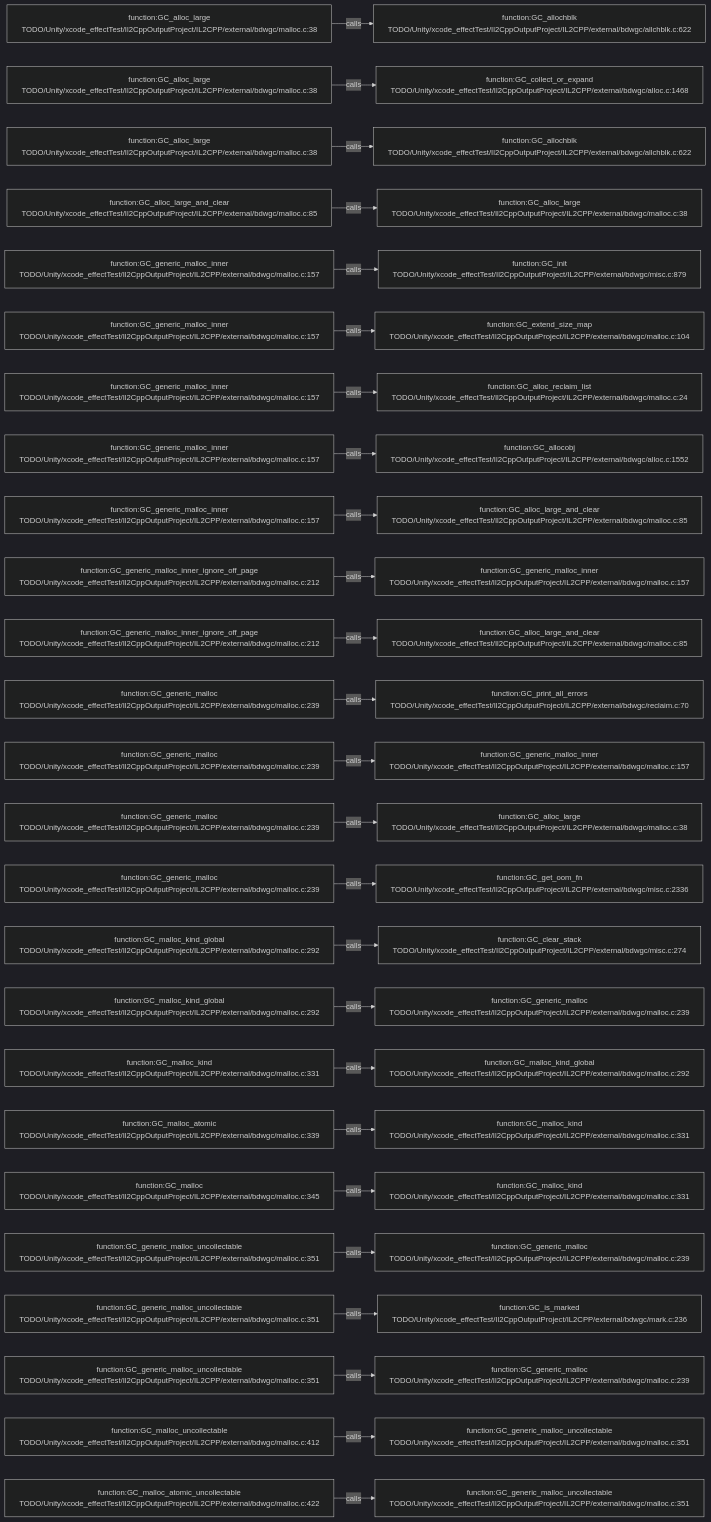
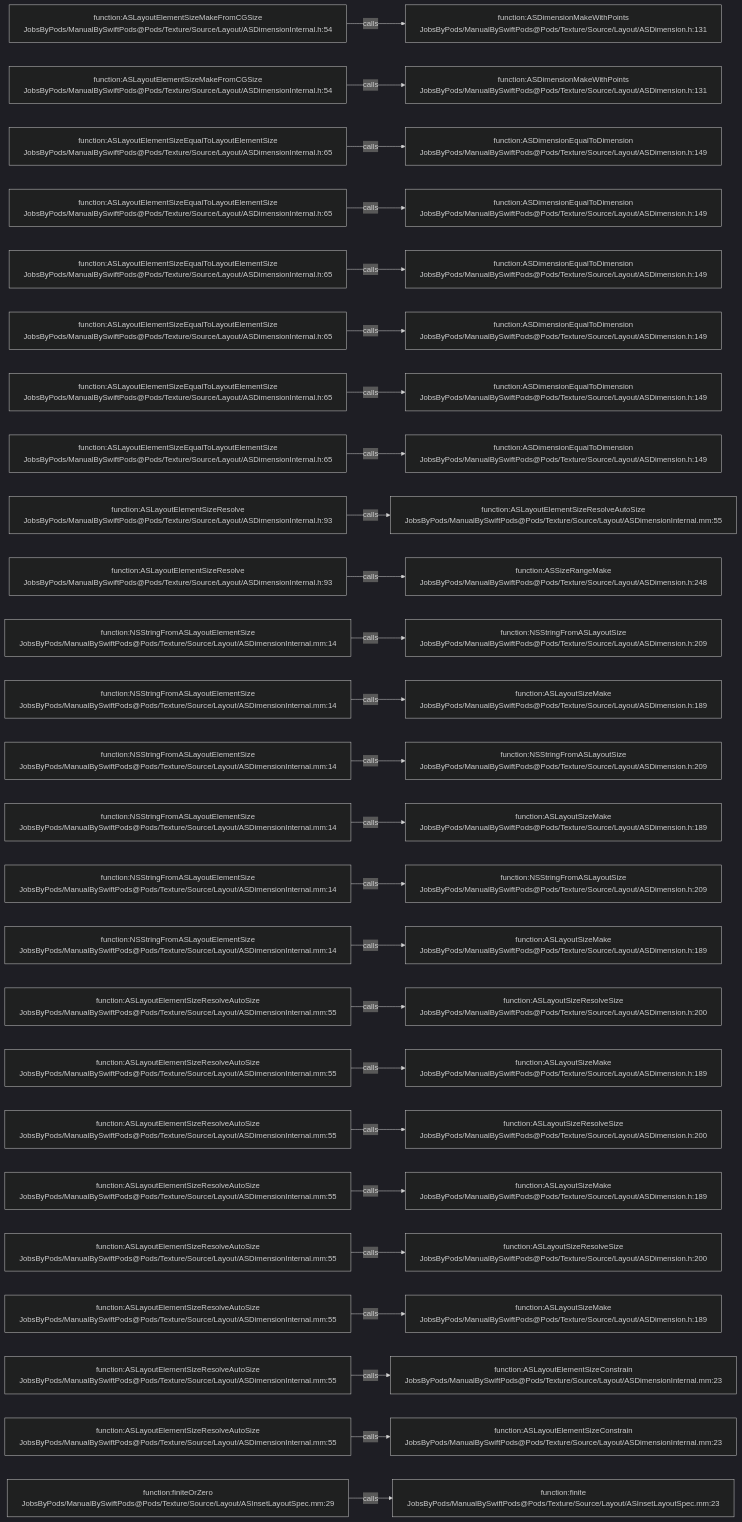
The diagram in .codegraph/codegraph.md/graphs/calls-126.md (JobsKits/JobsSwiftBaseConfigDemo), drawn with Mermaid (dark theme) before and after one commit. The commit also changed 2959 other files, not shown here.

````diff
--- a/.codegraph/codegraph.md/graphs/calls-126.md
+++ b/.codegraph/codegraph.md/graphs/calls-126.md
@@ -13,78 +13,78 @@
 ```mermaid
 flowchart LR
-  S1["function:GC_alloc_large<br/>TODO/Unity/xcode_effectTest/Il2CppOutputProject/IL2CPP/external/bdwgc/malloc.c:38"]
-  T1["function:GC_allochblk<br/>TODO/Unity/xcode_effectTest/Il2CppOutputProject/IL2CPP/external/bdwgc/allchblk.c:622"]
+  S1["function:ASLayoutElementSizeMakeFromCGSize<br/>JobsByPods/ManualBySwiftPods@Pods/Texture/Source/Layout/ASDimensionInternal.h:54"]
+  T1["function:ASDimensionMakeWithPoints<br/>JobsByPods/ManualBySwiftPods@Pods/Texture/Source/Layout/ASDimension.h:131"]
   S1 -->|calls| T1
-  S2["function:GC_alloc_large<br/>TODO/Unity/xcode_effectTest/Il2CppOutputProject/IL2CPP/external/bdwgc/malloc.c:38"]
-  T2["function:GC_collect_or_expand<br/>TODO/Unity/xcode_effectTest/Il2CppOutputProject/IL2CPP/external/bdwgc/alloc.c:1468"]
+  S2["function:ASLayoutElementSizeMakeFromCGSize<br/>JobsByPods/ManualBySwiftPods@Pods/Texture/Source/Layout/ASDimensionInternal.h:54"]
+  T2["function:ASDimensionMakeWithPoints<br/>JobsByPods/ManualBySwiftPods@Pods/Texture/Source/Layout/ASDimension.h:131"]
   S2 -->|calls| T2
-  S3["function:GC_alloc_large<br/>TODO/Unity/xcode_effectTest/Il2CppOutputProject/IL2CPP/external/bdwgc/malloc.c:38"]
-  T3["function:GC_allochblk<br/>TODO/Unity/xcode_effectTest/Il2CppOutputProject/IL2CPP/external/bdwgc/allchblk.c:622"]
+  S3["function:ASLayoutElementSizeEqualToLayoutElementSize<br/>JobsByPods/ManualBySwiftPods@Pods/Texture/Source/Layout/ASDimensionInternal.h:65"]
+  T3["function:ASDimensionEqualToDimension<br/>JobsByPods/ManualBySwiftPods@Pods/Texture/Source/Layout/ASDimension.h:149"]
   S3 -->|calls| T3
-  S4["function:GC_alloc_large_and_clear<br/>TODO/Unity/xcode_effectTest/Il2CppOutputProject/IL2CPP/external/bdwgc/malloc.c:85"]
-  T4["function:GC_alloc_large<br/>TODO/Unity/xcode_effectTest/Il2CppOutputProject/IL2CPP/external/bdwgc/malloc.c:38"]
+  S4["function:ASLayoutElementSizeEqualToLayoutElementSize<br/>JobsByPods/ManualBySwiftPods@Pods/Texture/Source/Layout/ASDimensionInternal.h:65"]
+  T4["function:ASDimensionEqualToDimension<br/>JobsByPods/ManualBySwiftPods@Pods/Texture/Source/Layout/ASDimension.h:149"]
   S4 -->|calls| T4
-  S5["function:GC_generic_malloc_inner<br/>TODO/Unity/xcode_effectTest/Il2CppOutputProject/IL2CPP/external/bdwgc/malloc.c:157"]
-  T5["function:GC_init<br/>TODO/Unity/xcode_effectTest/Il2CppOutputProject/IL2CPP/external/bdwgc/misc.c:879"]
+  S5["function:ASLayoutElementSizeEqualToLayoutElementSize<br/>JobsByPods/ManualBySwiftPods@Pods/Texture/Source/Layout/ASDimensionInternal.h:65"]
+  T5["function:ASDimensionEqualToDimension<br/>JobsByPods/ManualBySwiftPods@Pods/Texture/Source/Layout/ASDimension.h:149"]
   S5 -->|calls| T5
-  S6["function:GC_generic_malloc_inner<br/>TODO/Unity/xcode_effectTest/Il2CppOutputProject/IL2CPP/external/bdwgc/malloc.c:157"]
-  T6["function:GC_extend_size_map<br/>TODO/Unity/xcode_effectTest/Il2CppOutputProject/IL2CPP/external/bdwgc/malloc.c:104"]
+  S6["function:ASLayoutElementSizeEqualToLayoutElementSize<br/>JobsByPods/ManualBySwiftPods@Pods/Texture/Source/Layout/ASDimensionInternal.h:65"]
+  T6["function:ASDimensionEqualToDimension<br/>JobsByPods/ManualBySwiftPods@Pods/Texture/Source/Layout/ASDimension.h:149"]
   S6 -->|calls| T6
-  S7["function:GC_generic_malloc_inner<br/>TODO/Unity/xcode_effectTest/Il2CppOutputProject/IL2CPP/external/bdwgc/malloc.c:157"]
-  T7["function:GC_alloc_reclaim_list<br/>TODO/Unity/xcode_effectTest/Il2CppOutputProject/IL2CPP/external/bdwgc/malloc.c:24"]
+  S7["function:ASLayoutElementSizeEqualToLayoutElementSize<br/>JobsByPods/ManualBySwiftPods@Pods/Texture/Source/Layout/ASDimensionInternal.h:65"]
+  T7["function:ASDimensionEqualToDimension<br/>JobsByPods/ManualBySwiftPods@Pods/Texture/Source/Layout/ASDimension.h:149"]
   S7 -->|calls| T7
-  S8["function:GC_generic_malloc_inner<br/>TODO/Unity/xcode_effectTest/Il2CppOutputProject/IL2CPP/external/bdwgc/malloc.c:157"]
-  T8["function:GC_allocobj<br/>TODO/Unity/xcode_effectTest/Il2CppOutputProject/IL2CPP/external/bdwgc/alloc.c:1552"]
+  S8["function:ASLayoutElementSizeEqualToLayoutElementSize<br/>JobsByPods/ManualBySwiftPods@Pods/Texture/Source/Layout/ASDimensionInternal.h:65"]
+  T8["function:ASDimensionEqualToDimension<br/>JobsByPods/ManualBySwiftPods@Pods/Texture/Source/Layout/ASDimension.h:149"]
   S8 -->|calls| T8
-  S9["function:GC_generic_malloc_inner<br/>TODO/Unity/xcode_effectTest/Il2CppOutputProject/IL2CPP/external/bdwgc/malloc.c:157"]
-  T9["function:GC_alloc_large_and_clear<br/>TODO/Unity/xcode_effectTest/Il2CppOutputProject/IL2CPP/external/bdwgc/malloc.c:85"]
+  S9["function:ASLayoutElementSizeResolve<br/>JobsByPods/ManualBySwiftPods@Pods/Texture/Source/Layout/ASDimensionInternal.h:93"]
+  T9["function:ASLayoutElementSizeResolveAutoSize<br/>JobsByPods/ManualBySwiftPods@Pods/Texture/Source/Layout/ASDimensionInternal.mm:55"]
   S9 -->|calls| T9
-  S10["function:GC_generic_malloc_inner_ignore_off_page<br/>TODO/Unity/xcode_effectTest/Il2CppOutputProject/IL2CPP/external/bdwgc/malloc.c:212"]
-  T10["function:GC_generic_malloc_inner<br/>TODO/Unity/xcode_effectTest/Il2CppOutputProject/IL2CPP/external/bdwgc/malloc.c:157"]
+  S10["function:ASLayoutElementSizeResolve<br/>JobsByPods/ManualBySwiftPods@Pods/Texture/Source/Layout/ASDimensionInternal.h:93"]
+  T10["function:ASSizeRangeMake<br/>JobsByPods/ManualBySwiftPods@Pods/Texture/Source/Layout/ASDimension.h:248"]
   S10 -->|calls| T10
-  S11["function:GC_generic_malloc_inner_ignore_off_page<br/>TODO/Unity/xcode_effectTest/Il2CppOutputProject/IL2CPP/external/bdwgc/malloc.c:212"]
-  T11["function:GC_alloc_large_and_clear<br/>TODO/Unity/xcode_effectTest/Il2CppOutputProject/IL2CPP/external/bdwgc/malloc.c:85"]
+  S11["function:NSStringFromASLayoutElementSize<br/>JobsByPods/ManualBySwiftPods@Pods/Texture/Source/Layout/ASDimensionInternal.mm:14"]
+  T11["function:NSStringFromASLayoutSize<br/>JobsByPods/ManualBySwiftPods@Pods/Texture/Source/Layout/ASDimension.h:209"]
   S11 -->|calls| T11
-  S12["function:GC_generic_malloc<br/>TODO/Unity/xcode_effectTest/Il2CppOutputProject/IL2CPP/external/bdwgc/malloc.c:239"]
-  T12["function:GC_print_all_errors<br/>TODO/Unity/xcode_effectTest/Il2CppOutputProject/IL2CPP/external/bdwgc/reclaim.c:70"]
+  S12["function:NSStringFromASLayoutElementSize<br/>JobsByPods/ManualBySwiftPods@Pods/Texture/Source/Layout/ASDimensionInternal.mm:14"]
+  T12["function:ASLayoutSizeMake<br/>JobsByPods/ManualBySwiftPods@Pods/Texture/Source/Layout/ASDimension.h:189"]
   S12 -->|calls| T12
-  S13["function:GC_generic_malloc<br/>TODO/Unity/xcode_effectTest/Il2CppOutputProject/IL2CPP/external/bdwgc/malloc.c:239"]
-  T13["function:GC_generic_malloc_inner<br/>TODO/Unity/xcode_effectTest/Il2CppOutputProject/IL2CPP/external/bdwgc/malloc.c:157"]
+  S13["function:NSStringFromASLayoutElementSize<br/>JobsByPods/ManualBySwiftPods@Pods/Texture/Source/Layout/ASDimensionInternal.mm:14"]
+  T13["function:NSStringFromASLayoutSize<br/>JobsByPods/ManualBySwiftPods@Pods/Texture/Source/Layout/ASDimension.h:209"]
   S13 -->|calls| T13
-  S14["function:GC_generic_malloc<br/>TODO/Unity/xcode_effectTest/Il2CppOutputProject/IL2CPP/external/bdwgc/malloc.c:239"]
-  T14["function:GC_alloc_large<br/>TODO/Unity/xcode_effectTest/Il2CppOutputProject/IL2CPP/external/bdwgc/malloc.c:38"]
+  S14["function:NSStringFromASLayoutElementSize<br/>JobsByPods/ManualBySwiftPods@Pods/Texture/Source/Layout/ASDimensionInternal.mm:14"]
+  T14["function:ASLayoutSizeMake<br/>JobsByPods/ManualBySwiftPods@Pods/Texture/Source/Layout/ASDimension.h:189"]
   S14 -->|calls| T14
-  S15["function:GC_generic_malloc<br/>TODO/Unity/xcode_effectTest/Il2CppOutputProject/IL2CPP/external/bdwgc/malloc.c:239"]
-  T15["function:GC_get_oom_fn<br/>TODO/Unity/xcode_effectTest/Il2CppOutputProject/IL2CPP/external/bdwgc/misc.c:2336"]
+  S15["function:NSStringFromASLayoutElementSize<br/>JobsByPods/ManualBySwiftPods@Pods/Texture/Source/Layout/ASDimensionInternal.mm:14"]
+  T15["function:NSStringFromASLayoutSize<br/>JobsByPods/ManualBySwiftPods@Pods/Texture/Source/Layout/ASDimension.h:209"]
   S15 -->|calls| T15
-  S16["function:GC_malloc_kind_global<br/>TODO/Unity/xcode_effectTest/Il2CppOutputProject/IL2CPP/external/bdwgc/malloc.c:292"]
-  T16["function:GC_clear_stack<br/>TODO/Unity/xcode_effectTest/Il2CppOutputProject/IL2CPP/external/bdwgc/misc.c:274"]
+  S16["function:NSStringFromASLayoutElementSize<br/>JobsByPods/ManualBySwiftPods@Pods/Texture/Source/Layout/ASDimensionInternal.mm:14"]
+  T16["function:ASLayoutSizeMake<br/>JobsByPods/ManualBySwiftPods@Pods/Texture/Source/Layout/ASDimension.h:189"]
   S16 -->|calls| T16
-  S17["function:GC_malloc_kind_global<br/>TODO/Unity/xcode_effectTest/Il2CppOutputProject/IL2CPP/external/bdwgc/malloc.c:292"]
-  T17["function:GC_generic_malloc<br/>TODO/Unity/xcode_effectTest/Il2CppOutputProject/IL2CPP/external/bdwgc/malloc.c:239"]
+  S17["function:ASLayoutElementSizeResolveAutoSize<br/>JobsByPods/ManualBySwiftPods@Pods/Texture/Source/Layout/ASDimensionInternal.mm:55"]
+  T17["function:ASLayoutSizeResolveSize<br/>JobsByPods/ManualBySwiftPods@Pods/Texture/Source/Layout/ASDimension.h:200"]
   S17 -->|calls| T17
-  S18["function:GC_malloc_kind<br/>TODO/Unity/xcode_effectTest/Il2CppOutputProject/IL2CPP/external/bdwgc/malloc.c:331"]
-  T18["function:GC_malloc_kind_global<br/>TODO/Unity/xcode_effectTest/Il2CppOutputProject/IL2CPP/external/bdwgc/malloc.c:292"]
+  S18["function:ASLayoutElementSizeResolveAutoSize<br/>JobsByPods/ManualBySwiftPods@Pods/Texture/Source/Layout/ASDimensionInternal.mm:55"]
+  T18["function:ASLayoutSizeMake<br/>JobsByPods/ManualBySwiftPods@Pods/Texture/Source/Layout/ASDimension.h:189"]
   S18 -->|calls| T18
-  S19["function:GC_malloc_atomic<br/>TODO/Unity/xcode_effectTest/Il2CppOutputProject/IL2CPP/external/bdwgc/malloc.c:339"]
-  T19["function:GC_malloc_kind<br/>TODO/Unity/xcode_effectTest/Il2CppOutputProject/IL2CPP/external/bdwgc/malloc.c:331"]
+  S19["function:ASLayoutElementSizeResolveAutoSize<br/>JobsByPods/ManualBySwiftPods@Pods/Texture/Source/Layout/ASDimensionInternal.mm:55"]
+  T19["function:ASLayoutSizeResolveSize<br/>JobsByPods/ManualBySwiftPods@Pods/Texture/Source/Layout/ASDimension.h:200"]
   S19 -->|calls| T19
-  S20["function:GC_malloc<br/>TODO/Unity/xcode_effectTest/Il2CppOutputProject/IL2CPP/external/bdwgc/malloc.c:345"]
-  T20["function:GC_malloc_kind<br/>TODO/Unity/xcode_effectTest/Il2CppOutputProject/IL2CPP/external/bdwgc/malloc.c:331"]
+  S20["function:ASLayoutElementSizeResolveAutoSize<br/>JobsByPods/ManualBySwiftPods@Pods/Texture/Source/Layout/ASDimensionInternal.mm:55"]
+  T20["function:ASLayoutSizeMake<br/>JobsByPods/ManualBySwiftPods@Pods/Texture/Source/Layout/ASDimension.h:189"]
   S20 -->|calls| T20
-  S21["function:GC_generic_malloc_uncollectable<br/>TODO/Unity/xcode_effectTest/Il2CppOutputProject/IL2CPP/external/bdwgc/malloc.c:351"]
-  T21["function:GC_generic_malloc<br/>TODO/Unity/xcode_effectTest/Il2CppOutputProject/IL2CPP/external/bdwgc/malloc.c:239"]
+  S21["function:ASLayoutElementSizeResolveAutoSize<br/>JobsByPods/ManualBySwiftPods@Pods/Texture/Source/Layout/ASDimensionInternal.mm:55"]
+  T21["function:ASLayoutSizeResolveSize<br/>JobsByPods/ManualBySwiftPods@Pods/Texture/Source/Layout/ASDimension.h:200"]
   S21 -->|calls| T21
-  S22["function:GC_generic_malloc_uncollectable<br/>TODO/Unity/xcode_effectTest/Il2CppOutputProject/IL2CPP/external/bdwgc/malloc.c:351"]
-  T22["function:GC_is_marked<br/>TODO/Unity/xcode_effectTest/Il2CppOutputProject/IL2CPP/external/bdwgc/mark.c:236"]
+  S22["function:ASLayoutElementSizeResolveAutoSize<br/>JobsByPods/ManualBySwiftPods@Pods/Texture/Source/Layout/ASDimensionInternal.mm:55"]
+  T22["function:ASLayoutSizeMake<br/>JobsByPods/ManualBySwiftPods@Pods/Texture/Source/Layout/ASDimension.h:189"]
   S22 -->|calls| T22
-  S23["function:GC_generic_malloc_uncollectable<br/>TODO/Unity/xcode_effectTest/Il2CppOutputProject/IL2CPP/external/bdwgc/malloc.c:351"]
-  T23["function:GC_generic_malloc<br/>TODO/Unity/xcode_effectTest/Il2CppOutputProject/IL2CPP/external/bdwgc/malloc.c:239"]
+  S23["function:ASLayoutElementSizeResolveAutoSize<br/>JobsByPods/ManualBySwiftPods@Pods/Texture/Source/Layout/ASDimensionInternal.mm:55"]
+  T23["function:ASLayoutElementSizeConstrain<br/>JobsByPods/ManualBySwiftPods@Pods/Texture/Source/Layout/ASDimensionInternal.mm:23"]
   S23 -->|calls| T23
-  S24["function:GC_malloc_uncollectable<br/>TODO/Unity/xcode_effectTest/Il2CppOutputProject/IL2CPP/external/bdwgc/malloc.c:412"]
-  T24["function:GC_generic_malloc_uncollectable<br/>TODO/Unity/xcode_effectTest/Il2CppOutputProject/IL2CPP/external/bdwgc/malloc.c:351"]
+  S24["function:ASLayoutElementSizeResolveAutoSize<br/>JobsByPods/ManualBySwiftPods@Pods/Texture/Source/Layout/ASDimensionInternal.mm:55"]
+  T24["function:ASLayoutElementSizeConstrain<br/>JobsByPods/ManualBySwiftPods@Pods/Texture/Source/Layout/ASDimensionInternal.mm:23"]
   S24 -->|calls| T24
-  S25["function:GC_malloc_atomic_uncollectable<br/>TODO/Unity/xcode_effectTest/Il2CppOutputProject/IL2CPP/external/bdwgc/malloc.c:422"]
-  T25["function:GC_generic_malloc_uncollectable<br/>TODO/Unity/xcode_effectTest/Il2CppOutputProject/IL2CPP/external/bdwgc/malloc.c:351"]
+  S25["function:finiteOrZero<br/>JobsByPods/ManualBySwiftPods@Pods/Texture/Source/Layout/ASInsetLayoutSpec.mm:29"]
+  T25["function:finite<br/>JobsByPods/ManualBySwiftPods@Pods/Texture/Source/Layout/ASInsetLayoutSpec.mm:23"]
   S25 -->|calls| T25
 ```
````
